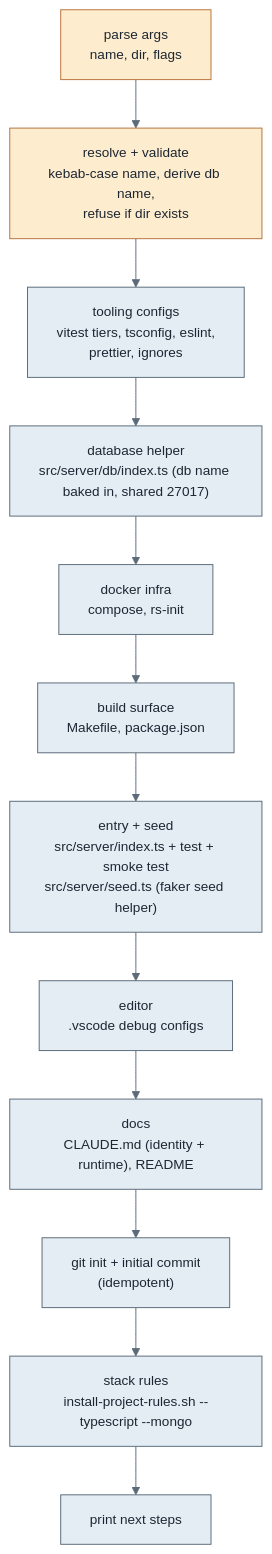
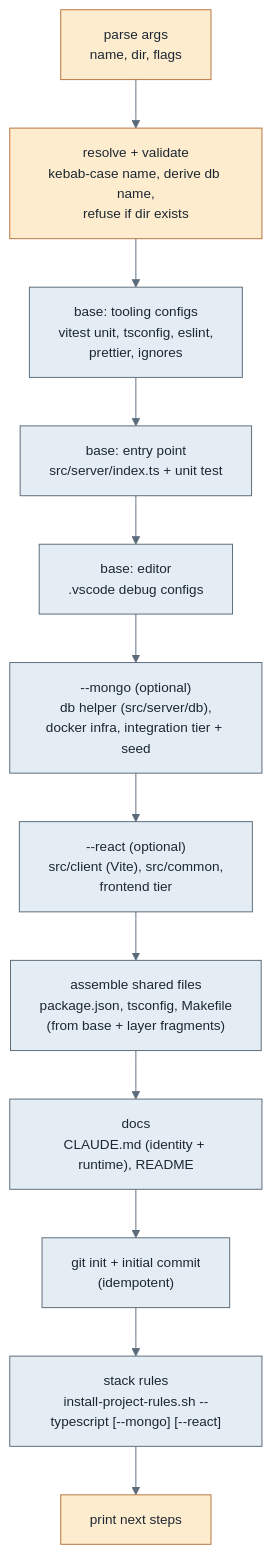
Before and after one commit to omerosaienni/agent-sdlc: the second of 4 diagrams in docs/scripts.md, drawn with Mermaid. The commit also changed other lines of this file and 8 other files, not shown here.

Commit message:
refactor: rename shared->common, fix review findings and unreadable diagrams (#27)

````diff
--- a/docs/scripts.md
+++ b/docs/scripts.md
@@ -79,20 +79,20 @@
 ```mermaid
 %%{init: {'theme':'base','themeVariables':{'primaryColor':'#e4edf4','primaryTextColor':'#1d2733','primaryBorderColor':'#5b6b7a','lineColor':'#5b6b7a','fontSize':'14px'}}}%%
 flowchart TD
     args["parse args<br/>name, dir, flags"] --> resolve["resolve + validate<br/>kebab-case name, derive db name,<br/>refuse if dir exists"]
-    resolve --> tooling["tooling configs<br/>vitest tiers, tsconfig, eslint,<br/>prettier, ignores"]
-    tooling --> db["database helper<br/>src/server/db/index.ts (db name baked in, shared 27017)"]
-    db --> infra["docker infra<br/>compose, rs-init"]
-    infra --> build["build surface<br/>Makefile, package.json"]
-    build --> entry["entry + seed<br/>src/server/index.ts + test + smoke test<br/>src/server/seed.ts (faker seed helper)"]
-    entry --> editor["editor<br/>.vscode debug configs"]
-    editor --> docs["docs<br/>CLAUDE.md (identity + runtime), README"]
+    resolve --> tooling["base: tooling configs<br/>vitest unit, tsconfig, eslint,<br/>prettier, ignores"]
+    tooling --> entry["base: entry point<br/>src/server/index.ts + unit test"]
+    entry --> editor["base: editor<br/>.vscode debug configs"]
+    editor --> mongo["--mongo (optional)<br/>db helper (src/server/db),<br/>docker infra, integration tier + seed"]
+    mongo --> react["--react (optional)<br/>src/client (Vite), src/common,<br/>frontend tier"]
+    react --> build["assemble shared files<br/>package.json, tsconfig, Makefile<br/>(from base + layer fragments)"]
+    build --> docs["docs<br/>CLAUDE.md (identity + runtime), README"]
     docs --> git["git init + initial commit<br/>(idempotent)"]
-    git --> rules["stack rules<br/>install-project-rules.sh --typescript --mongo"]
+    git --> rules["stack rules<br/>install-project-rules.sh --typescript [--mongo] [--react]"]
     rules --> done["print next steps"]
 
     classDef io fill:#fdeccd,stroke:#b8743d,color:#1d2733;
     classDef work fill:#e4edf4,stroke:#5b6b7a,color:#1d2733;
-    class args,resolve io;
-    class tooling,db,infra,build,entry,editor,docs,git work;
+    class args,resolve,done io;
+    class tooling,entry,editor,mongo,react,build,docs,git,rules work;
 ```
````
